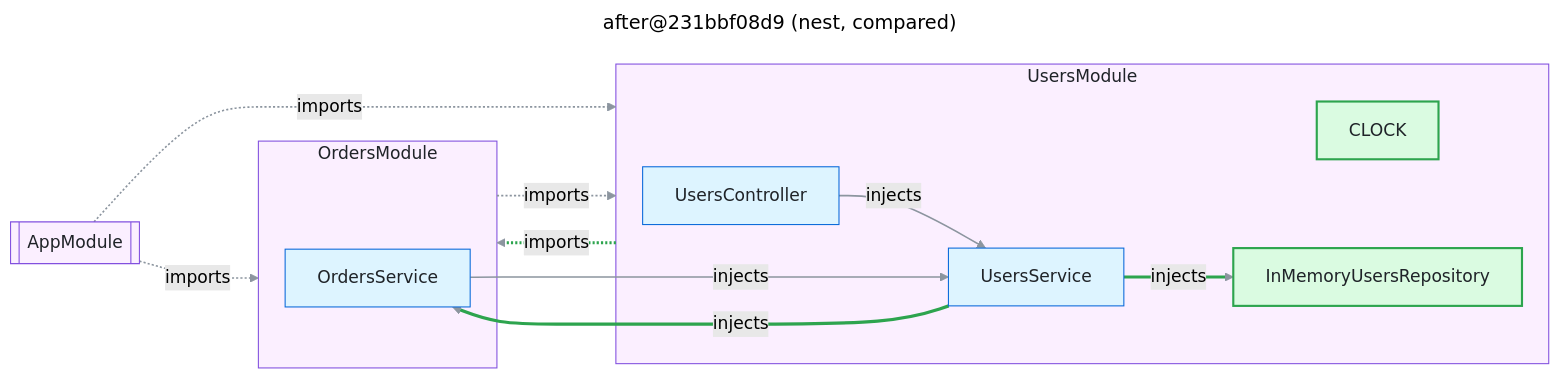
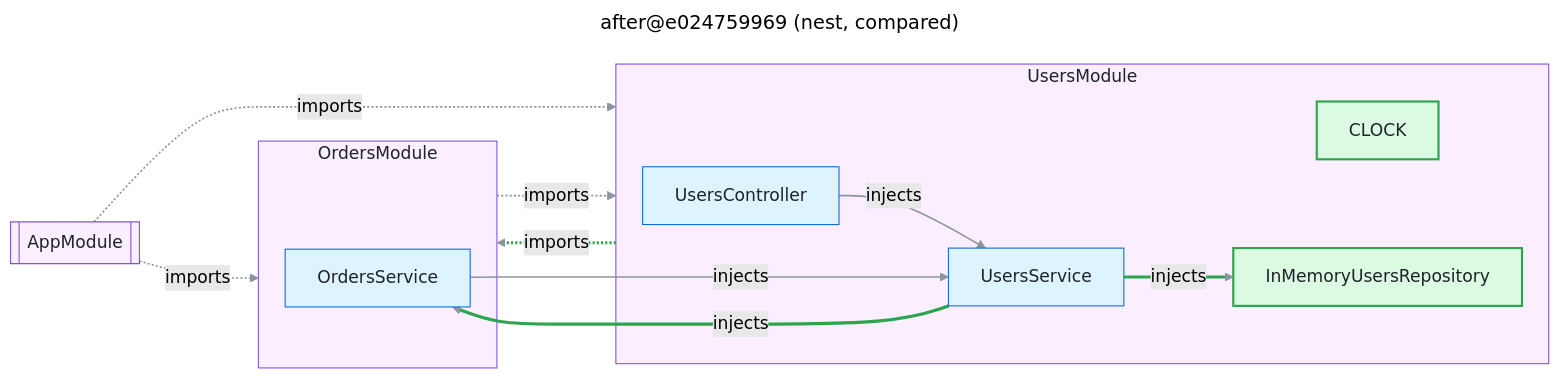
The diagram in examples/nest-shop/nest-compare.mmd (FullFran/archsieve), drawn with Mermaid (forest theme) before and after one commit. The commit also changed 30 other files, not shown here.

First line of the commit message:
feat(scan): observe units from manifests as container nodes (schema 0.2)

```diff
--- a/examples/nest-shop/nest-compare.mmd
+++ b/examples/nest-shop/nest-compare.mmd
@@ -1,33 +1,33 @@
 ---
-title: after@231bbf08d9 (nest, compared)
+title: after@e024759969 (nest, compared)
 ---
 flowchart LR
   n1[["AppModule"]]:::module
   subgraph n2["OrdersModule"]
     n4["OrdersService"]:::code
   end
   style n2 fill:#fbefff,stroke:#8250df,color:#1f2328
   subgraph n3["UsersModule"]
     n0["UsersController"]:::code
     n5["CLOCK"]:::added
     n6["InMemoryUsersRepository"]:::added
     n7["UsersService"]:::code
   end
   style n3 fill:#fbefff,stroke:#8250df,color:#1f2328
   n0 -->|"injects"| n7
   n1 -.->|"imports"| n2
   n1 -.->|"imports"| n3
   n2 -.->|"imports"| n3
   n3 -.->|"imports"| n2
   n4 -->|"injects"| n7
   n7 -->|"injects"| n4
   n7 -->|"injects"| n6
   linkStyle default stroke:#8c959f,stroke-width:1.5px
   linkStyle 4 stroke:#2da44e,stroke-width:3px
   linkStyle 6 stroke:#2da44e,stroke-width:3px
   linkStyle 7 stroke:#2da44e,stroke-width:3px
   classDef code fill:#ddf4ff,stroke:#0969da,color:#1f2328
   classDef external fill:#fff8c5,stroke:#9a6700,color:#1f2328
   classDef module fill:#fbefff,stroke:#8250df,color:#1f2328
   classDef added fill:#dafbe1,stroke:#2da44e,stroke-width:2px,color:#1f2328
   classDef removed fill:#ffebe9,stroke:#cf222e,stroke-dasharray:4 3,color:#1f2328
```
